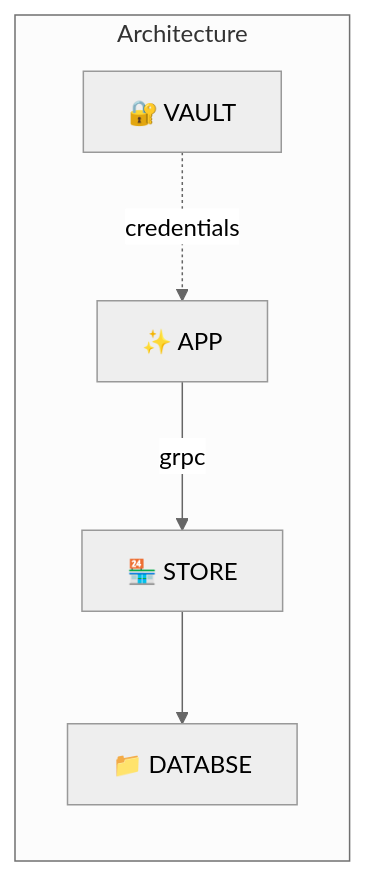
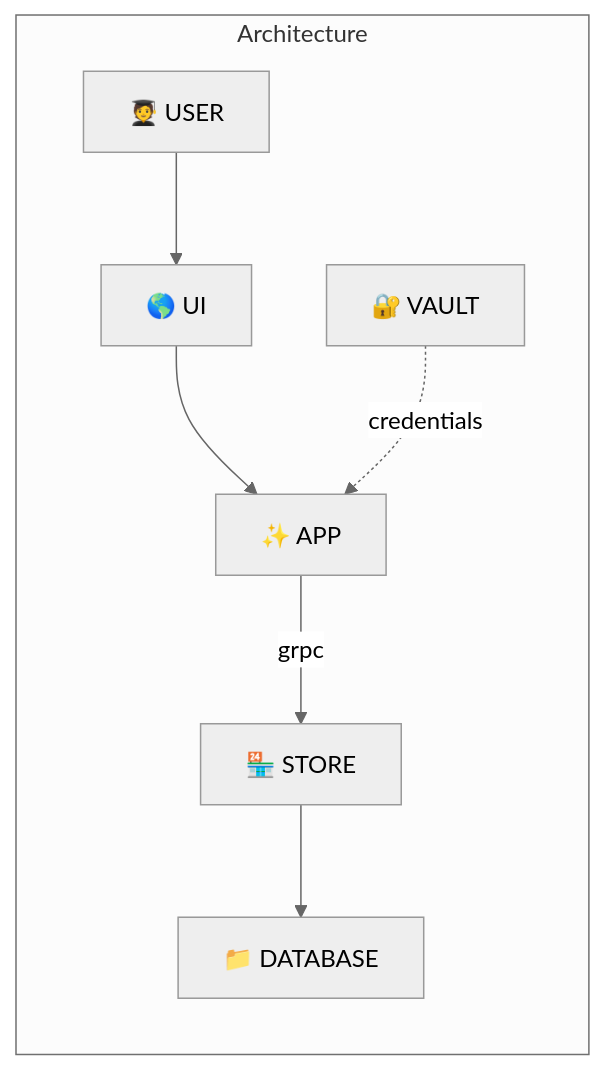
Before and after one commit to andytruong/tammy: the diagram in README.md, drawn with Mermaid (neutral theme).

````diff
--- a/README.md
+++ b/README.md
@@ -4,9 +4,13 @@
 ```mermaid
 graph LR
 
 subgraph Architecture
-	vault["🔐 VAULT"] -. "credentials" .-> app["✨ APP"]
-	app -- grpc --> store["🏪 STORE"]
-	store --> database["📁 DATABSE"]
+  user["🧑‍🎓 USER"] 
+    --> ui["🌎 UI"] 
+    --> app["✨ APP"] 
+    -- grpc --> store["🏪 STORE"] 
+    --> database["📁 DATABASE"]
+
+	vault["🔐 VAULT"] -. "credentials" .-> app
 end
 ```
````
